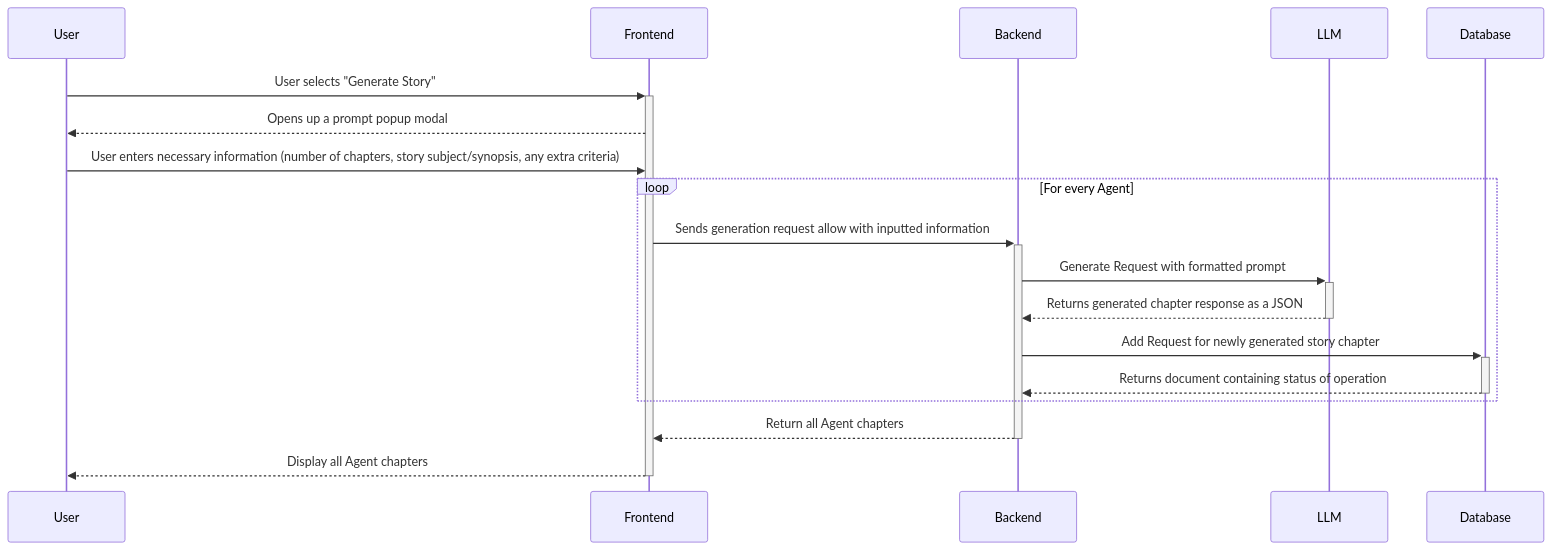
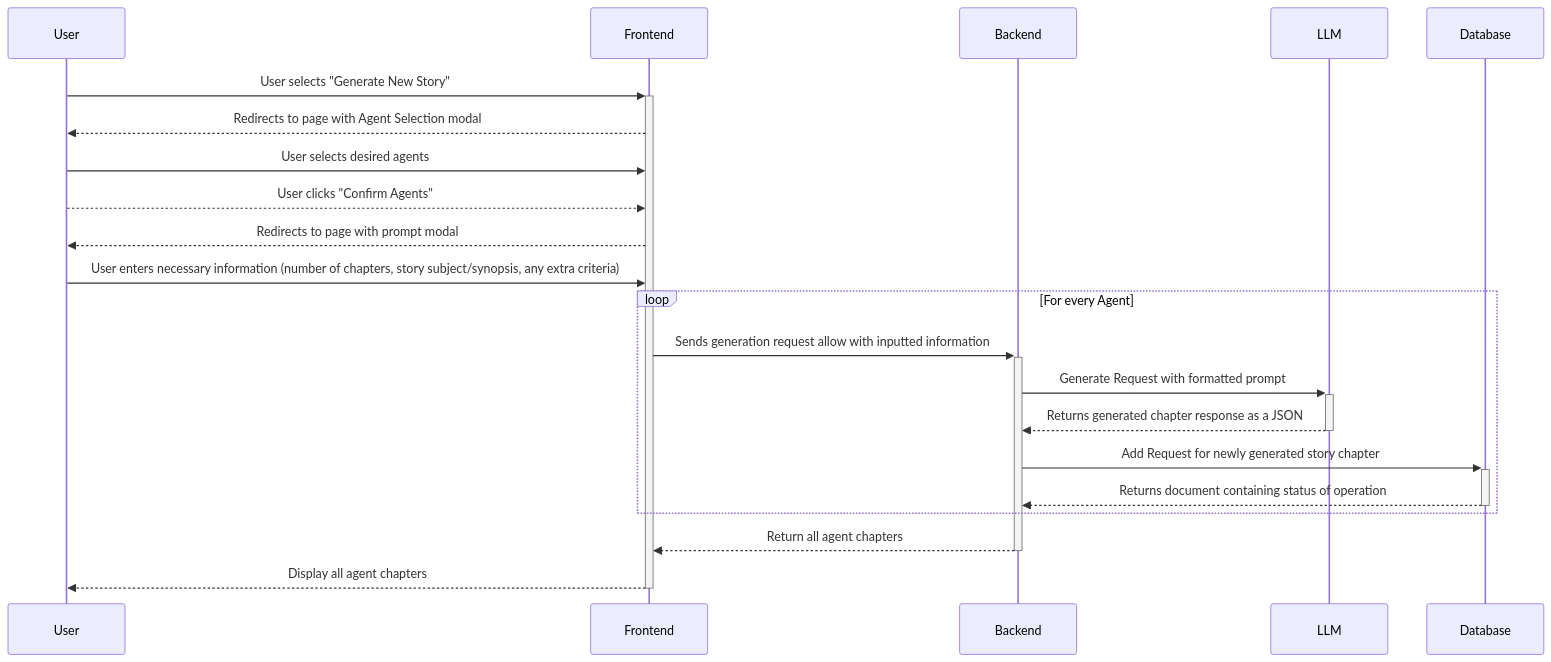
One commit to Capstone-Projects-2025-Spring/project-003-story-builder-team-1 changed the seventh of 11 diagrams in documentation/docs/system-architecture/sequence-diagrams.md. Above: the diagram before and after it, drawn with Mermaid. The commit also changed other lines of this file, not shown here.

First line of the commit message:
Update sequence-diagrams.md

````diff
--- a/documentation/docs/system-architecture/sequence-diagrams.md
+++ b/documentation/docs/system-architecture/sequence-diagrams.md
@@ -140,20 +140,23 @@
 ```mermaid
 sequenceDiagram
     participant User
     participant Frontend
     participant Backend
     participant LLM
     participant Database
-    User->>+Frontend: User selects "Generate Story"
-    Frontend-->>User: Opens up a prompt popup modal
+    User->>+Frontend: User selects "Generate New Story"
+    Frontend-->>User: Redirects to page with Agent Selection modal
+    User->>Frontend: User selects desired agents
+    User-->>Frontend: User clicks "Confirm Agents"
+    Frontend-->>User: Redirects to page with prompt modal
     User->>Frontend: User enters necessary information (number of chapters, story subject/synopsis, any extra criteria)
     Loop For every Agent
     Frontend->>+Backend: Sends generation request allow with inputted information
     Backend->>+LLM: Generate Request with formatted prompt
     LLM-->>-Backend: Returns generated chapter response as a JSON
     Backend->>+Database: Add Request for newly generated story chapter
     Database-->>-Backend: Returns document containing status of operation
     end
-    Backend-->>-Frontend: Return all Agent chapters
-    Frontend-->>-User: Display all Agent chapters
+    Backend-->>-Frontend: Return all agent chapters
+    Frontend-->>-User: Display all agent chapters
 ```
````
